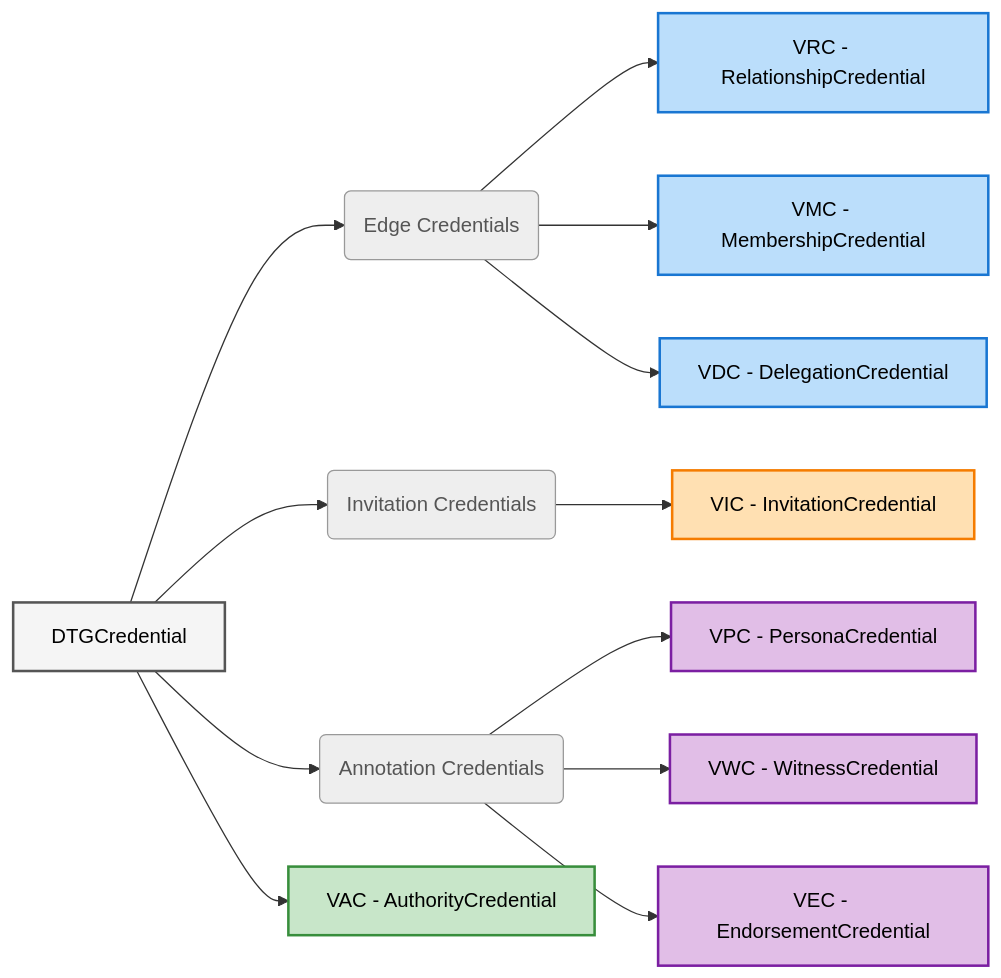
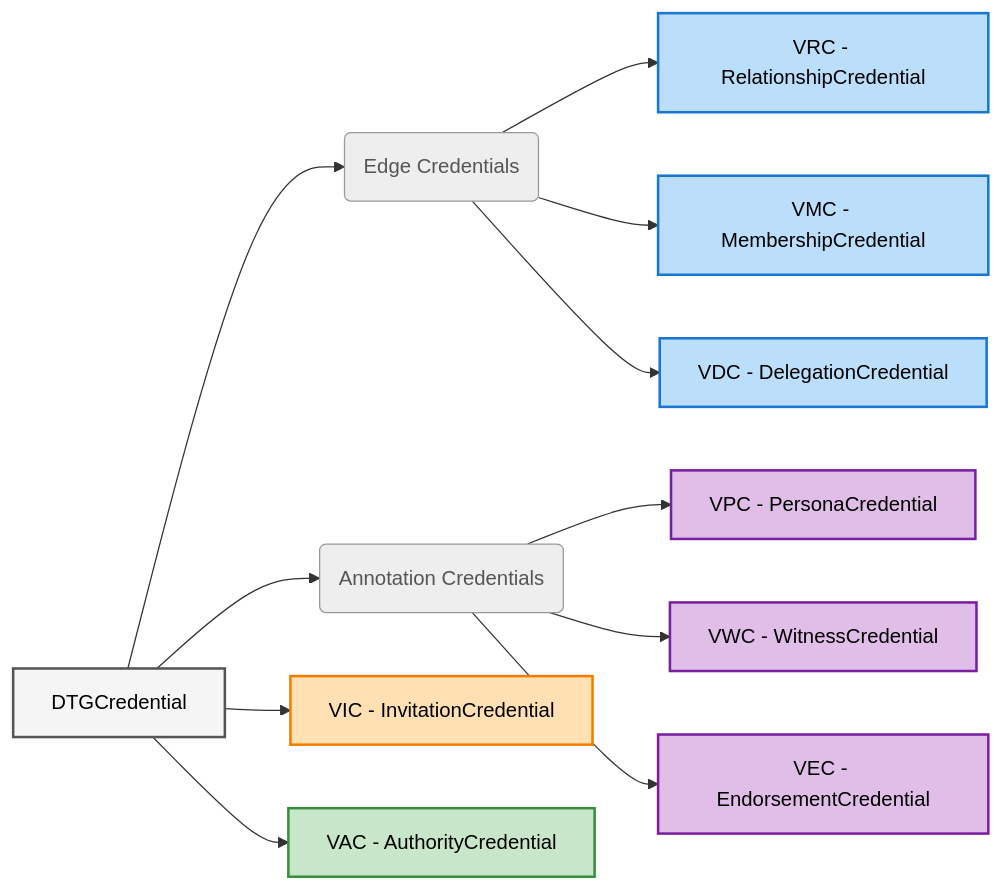
One commit to stormer78/dtgwg-cred-spec changed the diagram in spec/body.md. Above: the diagram before and after it, drawn with Mermaid. The commit also changed other lines of this file and 1 other file, not shown here.

````diff
--- a/spec/body.md
+++ b/spec/body.md
@@ -7,32 +7,31 @@
 ```mermaid
 graph LR
     DTG[DTGCredential]
 
     DTG --> EC(Edge Credentials)
-    DTG --> IC(Invitation Credentials)
     DTG --> AC(Annotation Credentials)
 
     EC --> VRC["VRC - RelationshipCredential"]
     EC --> VMC["VMC - MembershipCredential"]
     EC --> VDC["VDC - DelegationCredential"]
-    IC --> VIC["VIC - InvitationCredential"]
     AC --> VPC["VPC - PersonaCredential"]
     AC --> VWC["VWC - WitnessCredential"]
     AC --> VEC["VEC - EndorsementCredential"]
+    DTG --> VIC["VIC - InvitationCredential"]
     DTG --> VAC["VAC - AuthorityCredential"]
 
     classDef parent fill:#f5f5f5,stroke:#555,stroke-width:2px,color:#000
     classDef cat fill:#eeeeee,stroke:#999,stroke-width:1px,color:#555
     classDef edge fill:#bbdefb,stroke:#1976d2,stroke-width:2px,color:#000
     classDef inv fill:#ffe0b2,stroke:#f57c00,stroke-width:2px,color:#000
     classDef ann fill:#e1bee7,stroke:#7b1fa2,stroke-width:2px,color:#000
 
     classDef auth fill:#c8e6c9,stroke:#388e3c,stroke-width:2px,color:#000
 
     class DTG parent
-    class EC,IC,AC cat
+    class EC,AC cat
     class VMC,VRC,VDC edge
     class VIC inv
     class VPC,VEC,VWC ann
     class VAC auth
 ```
````
